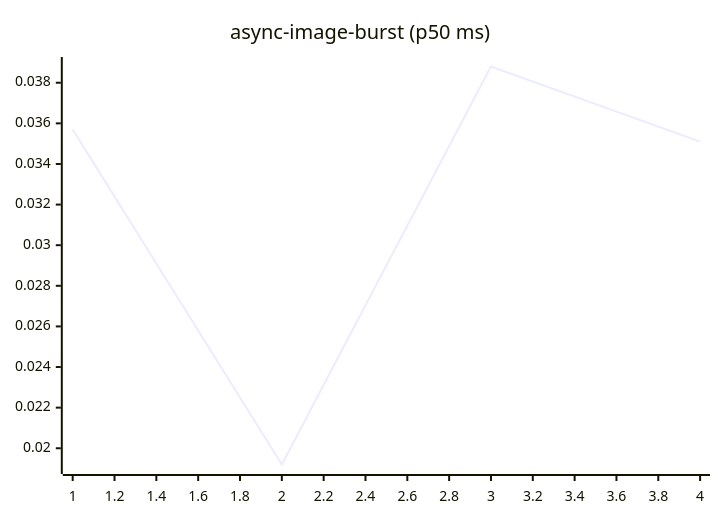
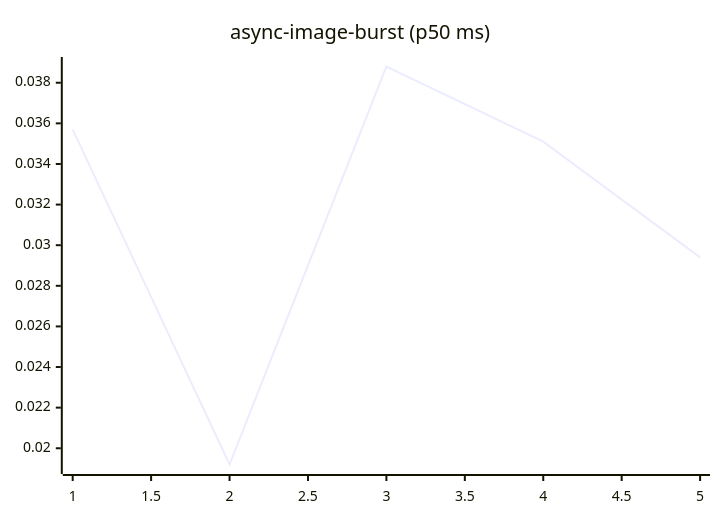
The fourth of 27 diagrams in README.md (josha/Facet), drawn with Mermaid before and after one commit. The commit also changed other lines of this file and 2 other files, not shown here.

````diff
--- a/README.md
+++ b/README.md
@@ -84,6 +84,6 @@
 ```mermaid
 xychart-beta
     title "async-image-burst (p50 ms)"
-    x-axis 1 --> 4
-    line [0.0357, 0.0192, 0.0388, 0.0351]
+    x-axis 1 --> 5
+    line [0.0357, 0.0192, 0.0388, 0.0351, 0.0294]
 ```
````
